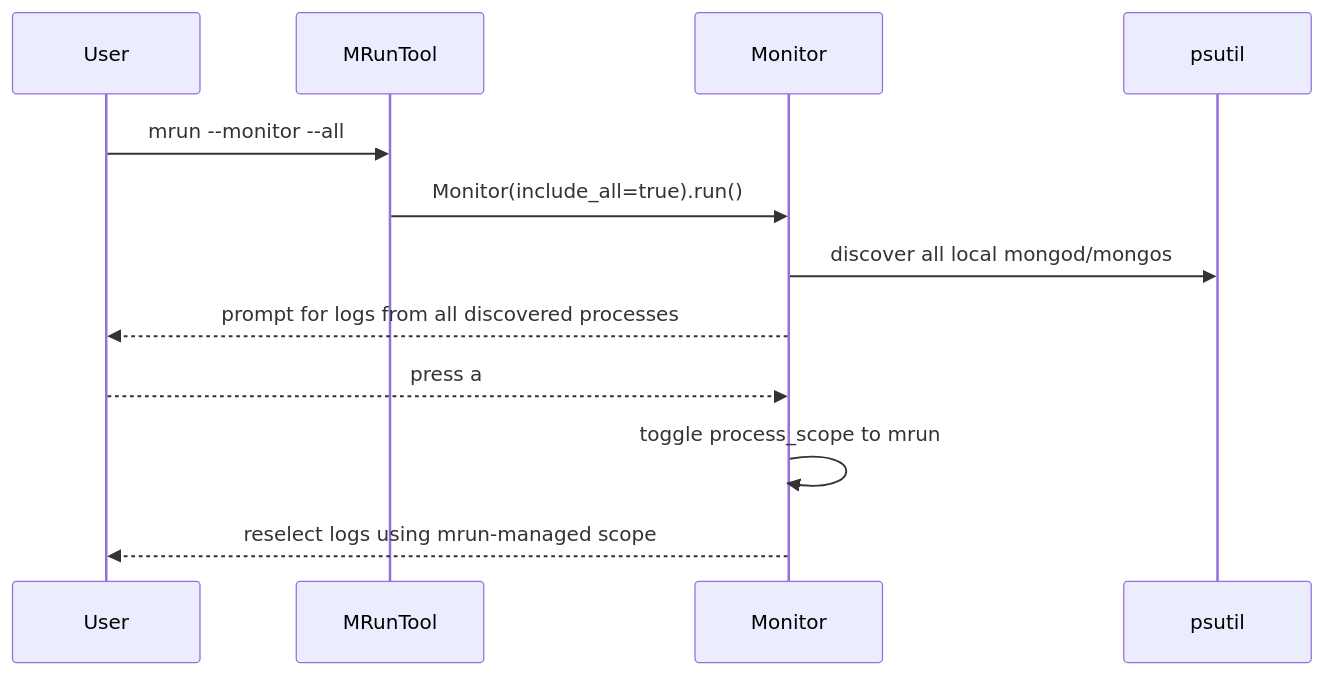
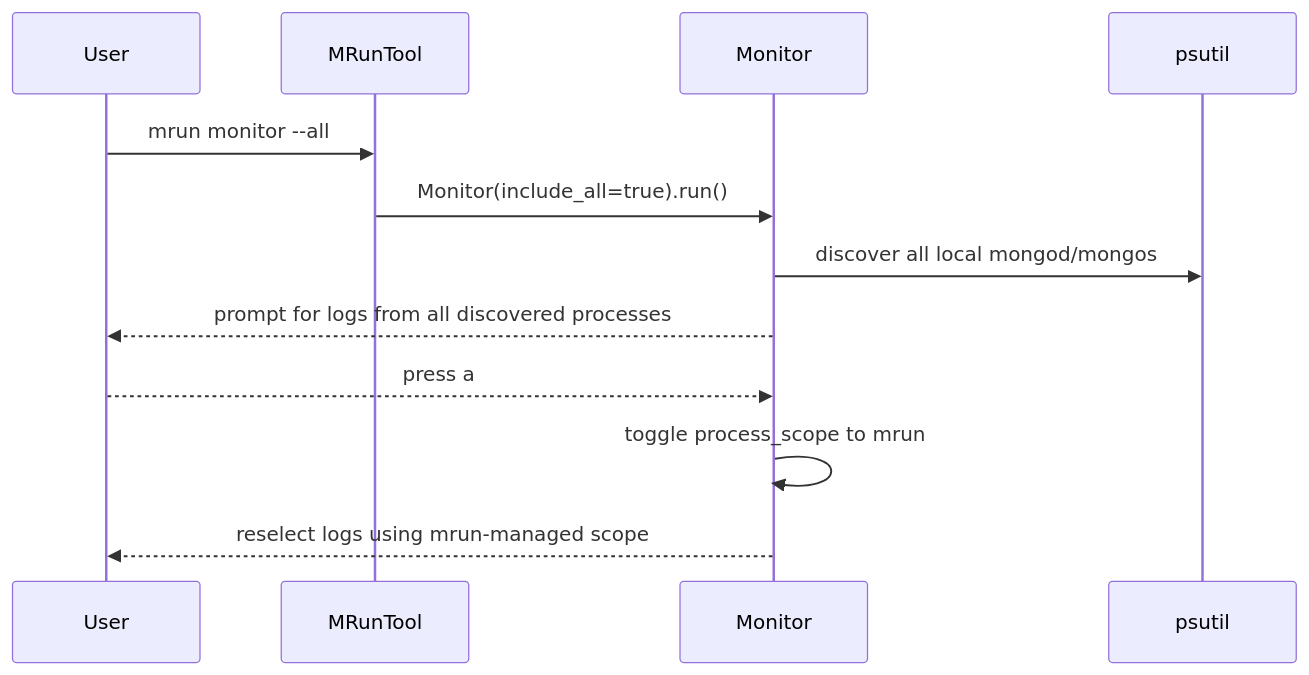
Before and after one commit to mongodb/mlaunch: the second of 12 diagrams in doc/feature-monitor-guide.md, drawn with Mermaid. The commit also changed other lines of this file and 5 other files, not shown here.

````diff
--- a/doc/feature-monitor-guide.md
+++ b/doc/feature-monitor-guide.md
@@ -194,15 +196,15 @@
 ```mermaid
 sequenceDiagram
     participant User
     participant Tool as MRunTool
     participant Monitor as Monitor
     participant PS as psutil
 
-    User->>Tool: mrun --monitor --all
+    User->>Tool: mrun monitor --all
     Tool->>Monitor: Monitor(include_all=true).run()
     Monitor->>PS: discover all local mongod/mongos
     Monitor-->>User: prompt for logs from all discovered processes
     User-->>Monitor: press a
     Monitor->>Monitor: toggle process_scope to mrun
     Monitor-->>User: reselect logs using mrun-managed scope
 ```
````
